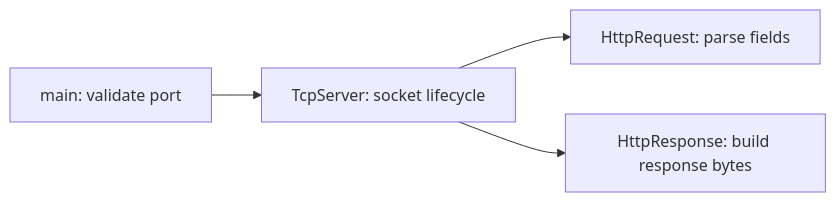
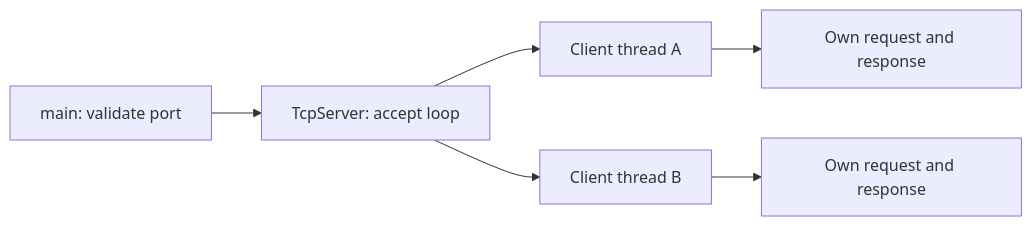
Before and after one commit to Tanishgupta28/cpp-multithreaded-http-server: the diagram in README.md, drawn with Mermaid. The commit also changed other lines of this file and 5 other files, not shown here.

````diff
--- a/README.md
+++ b/README.md
@@ -35,6 +35,8 @@
 ```mermaid
 flowchart LR
-    Main[main: validate port] --> Server[TcpServer: socket lifecycle]
-    Server --> Request[HttpRequest: parse fields]
-    Server --> Response[HttpResponse: build response bytes]
+    Main[main: validate port] --> Server[TcpServer: accept loop]
+    Server --> A[Client thread A]
+    Server --> B[Client thread B]
+    A --> RequestA[Own request and response]
+    B --> RequestB[Own request and response]
 ```
````
